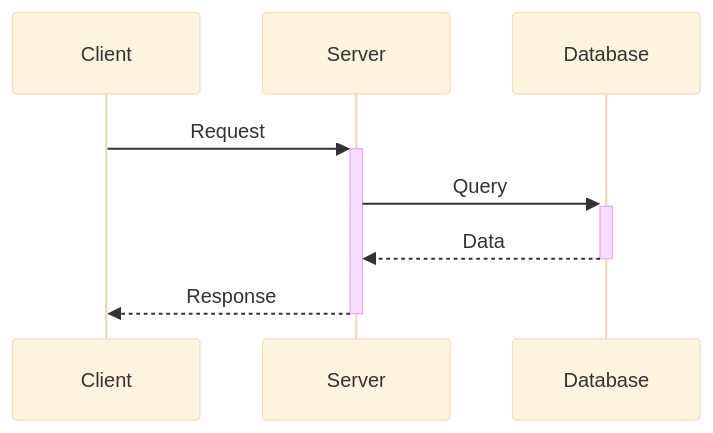
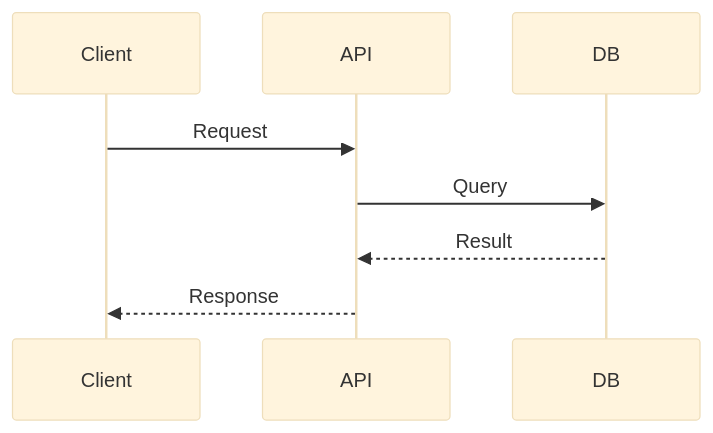
One commit to narumiruna/agent-skills changed the first of 2 diagrams in skills/creating-mermaid-diagrams/references/sequence.md. Above: the diagram before and after it, drawn with Mermaid (base theme). The commit also changed other lines of this file and 92 other files, not shown here.

````diff
--- a/skills/creating-mermaid-diagrams/references/sequence.md
+++ b/skills/creating-mermaid-diagrams/references/sequence.md
@@ -41,7 +7,10 @@
 ```mermaid
 sequenceDiagram
-    Client->>+Server: Request
-    Server->>+Database: Query
-    Database-->>-Server: Data
-    Server-->>-Client: Response
+    participant Client
+    participant API
+    participant DB
+    Client->>API: Request
+    API->>DB: Query
+    DB-->>API: Result
+    API-->>Client: Response
 ```
````
